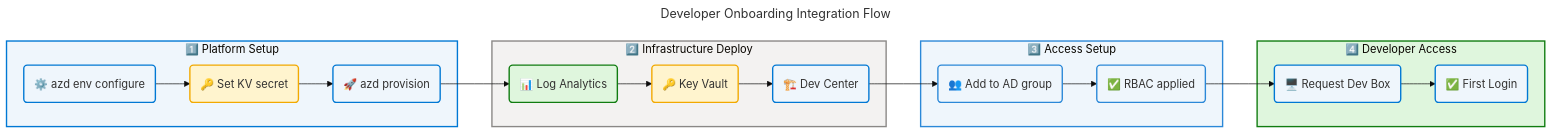
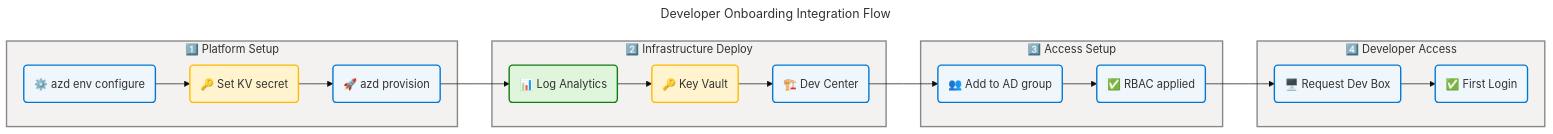
The sixth of 6 diagrams in docs/architecture/bus-arch.md (Evilazaro/DevExp-DevBox), drawn with Mermaid before and after one commit. The commit also changed other lines of this file, not shown here.

Commit message:
Add organizational structure and architecture principles diagrams to documentation

````diff
--- a/docs/architecture/bus-arch.md
+++ b/docs/architecture/bus-arch.md
@@ -1221,66 +1355,66 @@
 ```mermaid
 ---
 title: Developer Onboarding Integration Flow
 config:
   theme: base
   look: classic
   layout: dagre
   themeVariables:
     fontSize: '16px'
   flowchart:
     htmlLabels: true
 ---
 flowchart LR
     accTitle: ContosoDevExp Developer Onboarding Integration Flow
     accDescr: End-to-end developer onboarding flow from AZD operator setup through developer first login, showing all integration points between platform components.
 
     %% ═══════════════════════════════════════════════════════════════════════════
     %% AZURE / FLUENT ARCHITECTURE PATTERN v2.0
     %% (Semantic + Structural + Font + Accessibility Governance)
     %% ═══════════════════════════════════════════════════════════════════════════
     %% PHASE 1 - FLUENT UI: All styling uses approved Fluent UI palette only
     %% PHASE 2 - GROUPS: Every subgraph has semantic color via style directive
     %% PHASE 3 - COMPONENTS: Every node has semantic classDef + icon prefix
     %% PHASE 4 - ACCESSIBILITY: accTitle/accDescr present, WCAG AA contrast
     %% PHASE 5 - STANDARD: Governance block present, classDefs centralized
     %% ═══════════════════════════════════════════════════════════════════════════
 
     subgraph S1["1️⃣ Platform Setup"]
         A1("⚙️ azd env configure"):::process
         A2("🔑 Set KV secret"):::security
         A3("🚀 azd provision"):::process
     end
 
     subgraph S2["2️⃣ Infrastructure Deploy"]
         B1("📊 Log Analytics"):::monitoring
         B2("🔑 Key Vault"):::security
         B3("🏗️ Dev Center"):::core
     end
 
     subgraph S3["3️⃣ Access Setup"]
         C1("👥 Add to AD group"):::identity
         C2("✅ RBAC applied"):::identity
     end
 
     subgraph S4["4️⃣ Developer Access"]
         D1("🖥️ Request Dev Box"):::core
         D2("✅ First Login"):::core
     end
 
     A1 --> A2 --> A3
     A3 --> B1 --> B2 --> B3
     B3 --> C1 --> C2
     C2 --> D1 --> D2
 
     %% Centralized classDef palette (AZURE/FLUENT v1.1)
     classDef process fill:#EFF6FC,stroke:#0078D4,stroke-width:2px,color:#323130
-    classDef security fill:#FFF4CE,stroke:#F2A900,stroke-width:2px,color:#323130
+    classDef security fill:#FFF4CE,stroke:#FFB900,stroke-width:2px,color:#323130
     classDef monitoring fill:#DFF6DD,stroke:#107C10,stroke-width:2px,color:#323130
     classDef core fill:#EFF6FC,stroke:#0078D4,stroke-width:2px,color:#323130
-    classDef identity fill:#EFF6FC,stroke:#2B88D8,stroke-width:2px,color:#323130
+    classDef identity fill:#EFF6FC,stroke:#0078D4,stroke-width:2px,color:#323130
 
-    style S1 fill:#EFF6FC,stroke:#0078D4,stroke-width:2px
-    style S2 fill:#F3F2F1,stroke:#8A8886,stroke-width:2px
-    style S3 fill:#EFF6FC,stroke:#2B88D8,stroke-width:2px
-    style S4 fill:#DFF6DD,stroke:#107C10,stroke-width:2px
+    style S1 fill:#F3F2F1,stroke:#8A8886,stroke-width:2px,color:#323130
+    style S2 fill:#F3F2F1,stroke:#8A8886,stroke-width:2px,color:#323130
+    style S3 fill:#F3F2F1,stroke:#8A8886,stroke-width:2px,color:#323130
+    style S4 fill:#F3F2F1,stroke:#8A8886,stroke-width:2px,color:#323130
 ```
````
